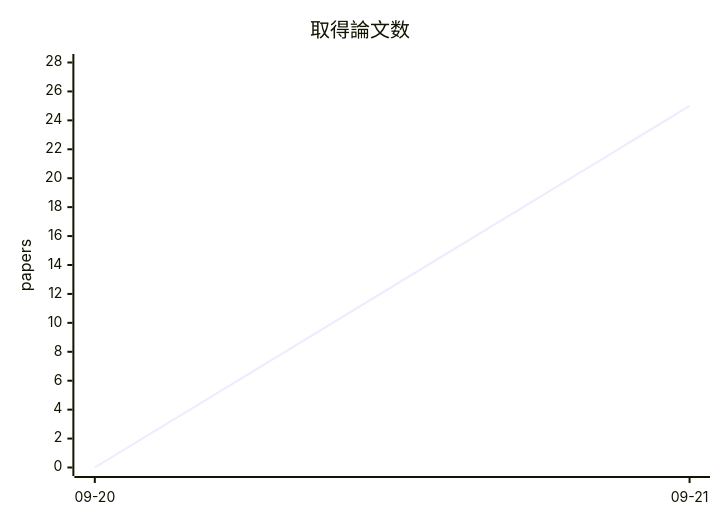
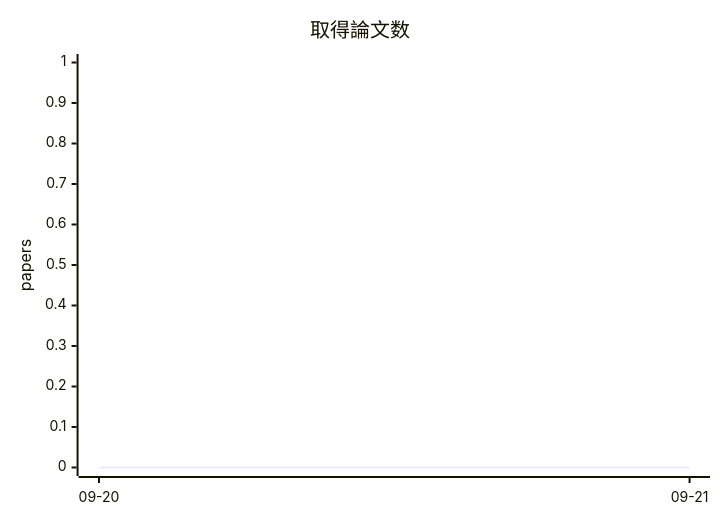
The diagram in docs/metrics-trend.md (uzak0209/AI-Research), drawn with Mermaid before and after one commit. The commit also changed other lines of this file and 3 other files, not shown here.

````diff
--- a/docs/metrics-trend.md
+++ b/docs/metrics-trend.md
@@ -52,7 +52,7 @@
 ```mermaid
 xychart-beta
     title "取得論文数"
     x-axis ["09-20", "09-21"]
-    y-axis "papers" 0 --> 28
-    line [0, 25]
+    y-axis "papers" 0 --> 1
+    line [0, 0]
 ```
````
